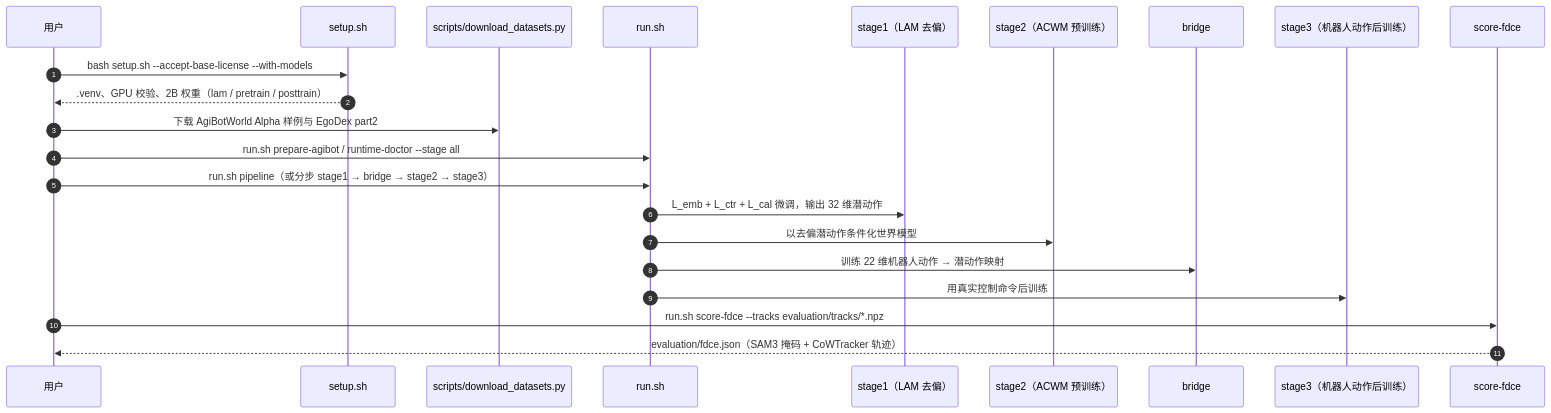
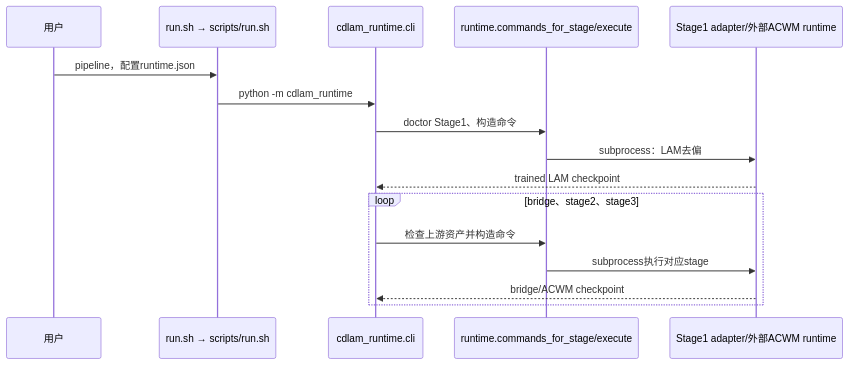
Before and after one commit to ImChong/Robotics_Notebooks: the second of 2 diagrams in wiki/entities/paper-cd-lam.md, drawn with Mermaid. The commit also changed other lines of this file and 208 other files, not shown here.

Commit message:
[2026-11-14] ingest | roadmap/depth-wam.md — 补齐 WAM 全部节点原文证据与满分健康度

````diff
--- a/wiki/entities/paper-cd-lam.md
+++ b/wiki/entities/paper-cd-lam.md
@@ -136,24 +142,18 @@
 ```mermaid
 sequenceDiagram
-  autonumber
   participant U as 用户
-  participant Setup as setup.sh
-  participant DL as scripts/download_datasets.py
-  participant Run as run.sh
-  participant LAM as stage1（LAM 去偏）
-  participant WM as stage2（ACWM 预训练）
-  participant BR as bridge
-  participant PT as stage3（机器人动作后训练）
-  participant Ev as score-fdce
-  U->>Setup: bash setup.sh --accept-base-license --with-models
-  Setup-->>U: .venv、GPU 校验、2B 权重（lam / pretrain / posttrain）
-  U->>DL: 下载 AgiBotWorld Alpha 样例与 EgoDex part2
-  U->>Run: run.sh prepare-agibot / runtime-doctor --stage all
-  U->>Run: run.sh pipeline（或分步 stage1 → bridge → stage2 → stage3）
-  Run->>LAM: L_emb + L_ctr + L_cal 微调，输出 32 维潜动作
-  Run->>WM: 以去偏潜动作条件化世界模型
-  Run->>BR: 训练 22 维机器人动作 → 潜动作映射
-  Run->>PT: 用真实控制命令后训练
-  U->>Ev: run.sh score-fdce --tracks evaluation/tracks/*.npz
-  Ev-->>U: evaluation/fdce.json（SAM3 掩码 + CoWTracker 轨迹）
+  participant S as run.sh → scripts/run.sh
+  participant C as cdlam_runtime.cli
+  participant R as runtime.commands_for_stage/execute
+  participant A as Stage1 adapter/外部ACWM runtime
+  U->>S: pipeline，配置runtime.json
+  S->>C: python -m cdlam_runtime
+  C->>R: doctor Stage1、构造命令
+  R->>A: subprocess：LAM去偏
+  A-->>C: trained LAM checkpoint
+  loop bridge、stage2、stage3
+    C->>R: 检查上游资产并构造命令
+    R->>A: subprocess执行对应stage
+    A-->>C: bridge/ACWM checkpoint
+  end
 ```
````
